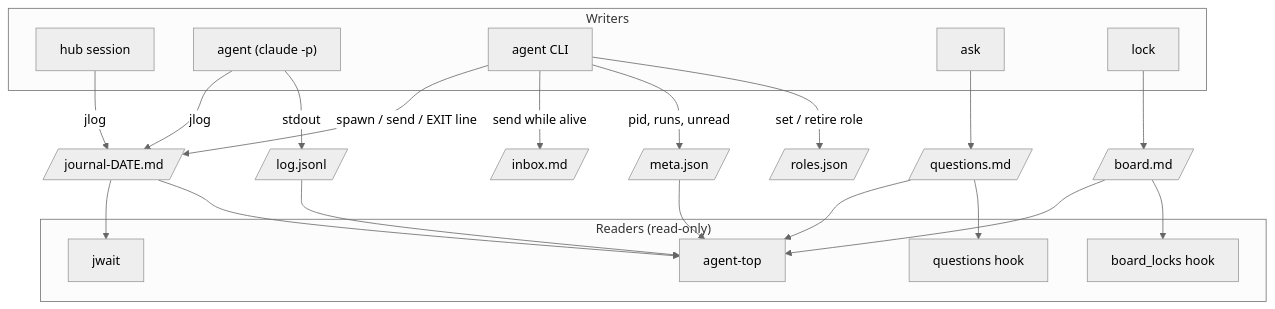
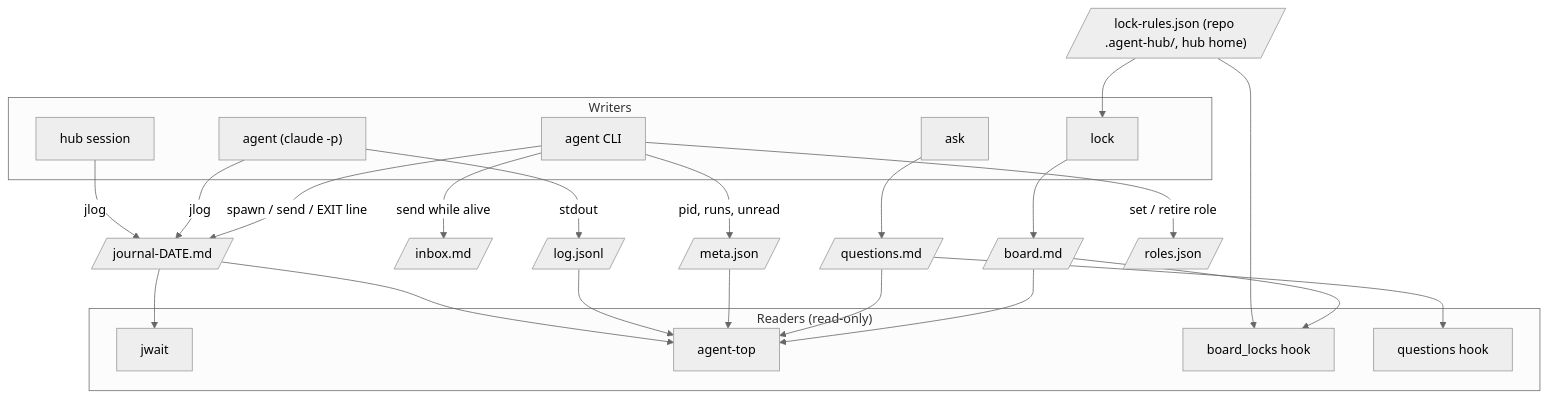
The first of 2 diagrams in docs/architecture.md (ilya-kozyrev/claude-agent-hub), drawn with Mermaid (neutral theme) before and after one commit. The commit also changed other lines of this file and 4 other files, not shown here.

First line of the commit message:
docs: public shape — setup flow, generic locks, minimal mode, comparison with Claude Code, team use, costs

````diff
--- a/docs/architecture.md
+++ b/docs/architecture.md
@@ -15,40 +18,42 @@
 ```mermaid
 flowchart TB
     subgraph writers["Writers"]
         hub["hub session"]
         agent["agent (claude -p)"]
         cli_agent["agent CLI"]
         ask_cli["ask"]
         lock_cli["lock"]
     end
     J[/"journal-DATE.md"/]
     I[/"inbox.md"/]
     L[/"log.jsonl"/]
     M[/"meta.json"/]
     Q[/"questions.md"/]
     Bd[/"board.md"/]
     R[/"roles.json"/]
     hub -- jlog --> J
     agent -- jlog --> J
     cli_agent -- "spawn / send / EXIT line" --> J
     cli_agent -- "send while alive" --> I
     cli_agent -- "pid, runs, unread" --> M
     cli_agent -- "set / retire role" --> R
     agent -- stdout --> L
     ask_cli --> Q
     lock_cli --> Bd
     subgraph readers["Readers (read-only)"]
         jwait["jwait"]
         top["agent-top"]
         hook["board_locks hook"]
         qhook["questions hook"]
     end
+    lr[/"lock-rules.json (repo .agent-hub/, hub home)"/] --> hook
+    lr --> lock_cli
     J --> jwait
     J --> top
     L --> top
     M --> top
     Q --> top
     Q --> qhook
     Bd --> top
     Bd --> hook
 ```
````
